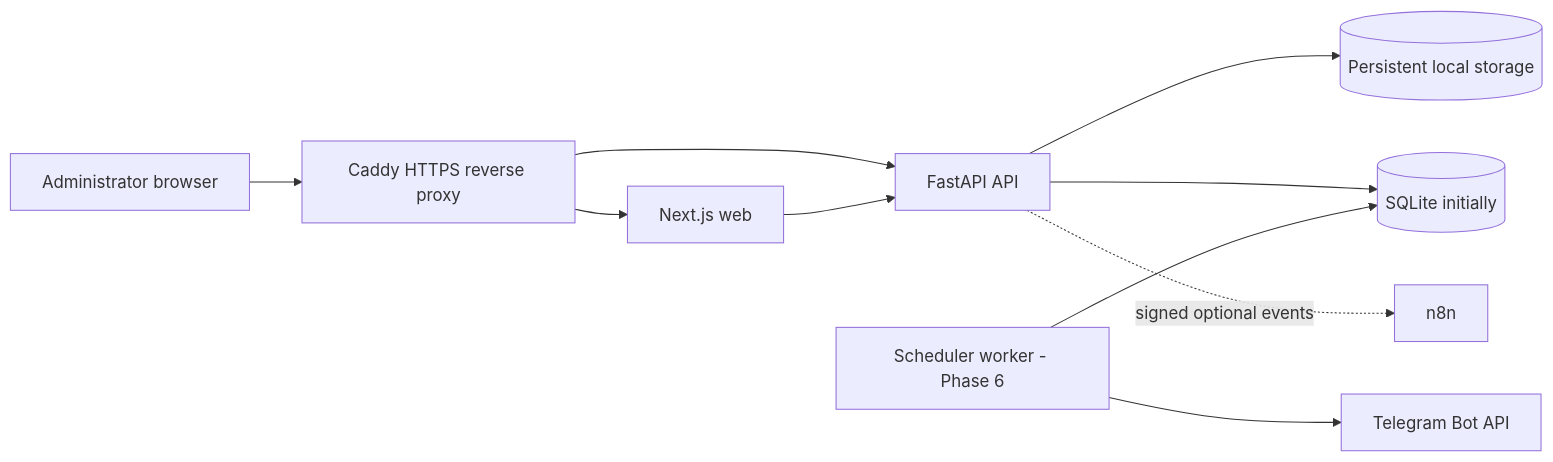
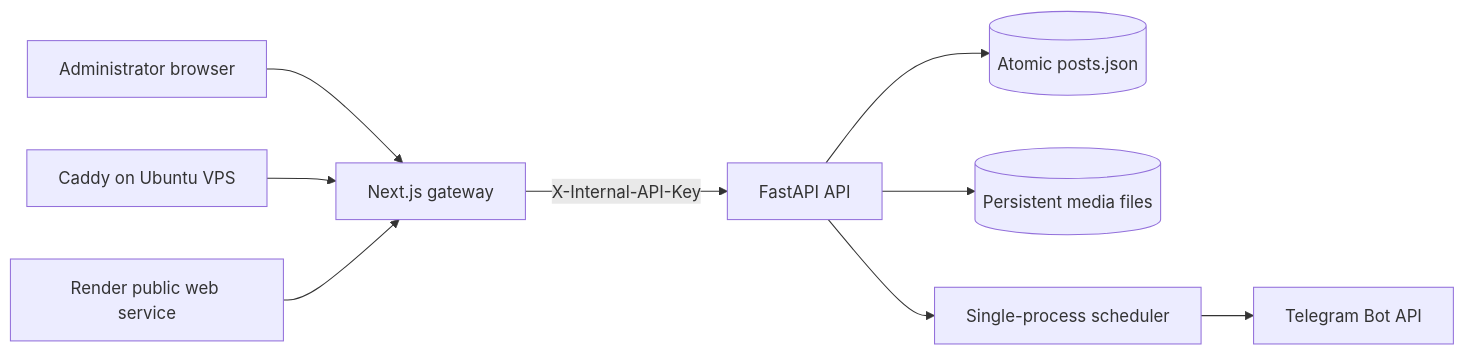
The diagram in docs/architecture.md (Ubaydulloabduganiev/kalibr-books-publisher), drawn with Mermaid before and after one commit. The commit also changed other lines of this file and 78 other files, not shown here.

Commit message:
Rebuild from user's fixed local copy (kalibr-publisher-fixed-0.1.1): clean two-service app, persistent /data disk, fromService API wiring

````diff
--- a/docs/architecture.md
+++ b/docs/architecture.md
@@ -7,12 +7,11 @@
 ```mermaid
 flowchart LR
-    B[Administrator browser] --> C[Caddy HTTPS reverse proxy]
-    C --> W[Next.js web]
-    C --> A[FastAPI API]
-    W --> A
-    A --> FS[(Persistent local storage)]
-    A --> DB[(SQLite initially)]
-    S[Scheduler worker - Phase 6] --> DB
+    B[Administrator browser] --> P[Next.js gateway]
+    P -->|X-Internal-API-Key| A[FastAPI API]
+    A --> J[(Atomic posts.json)]
+    A --> F[(Persistent media files)]
+    A --> S[Single-process scheduler]
     S --> T[Telegram Bot API]
-    A -. signed optional events .-> N[n8n]
+    C[Caddy on Ubuntu VPS] --> P
+    R[Render public web service] --> P
 ```
````
